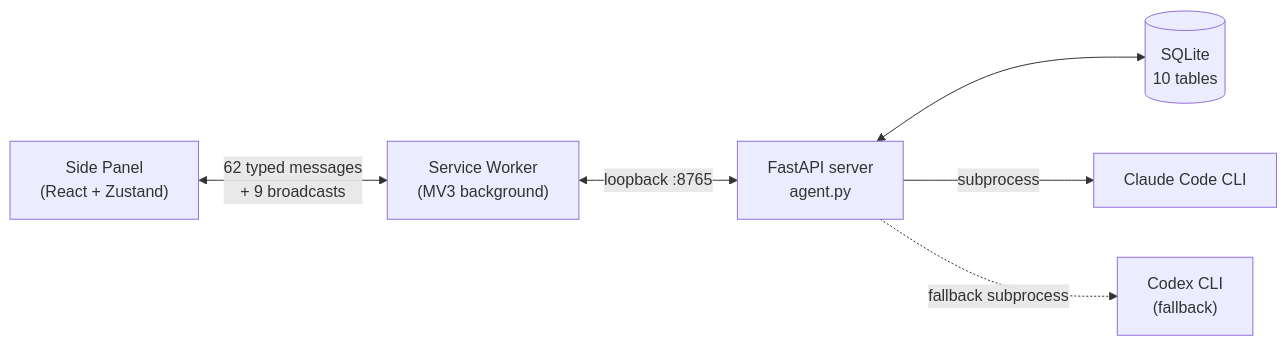
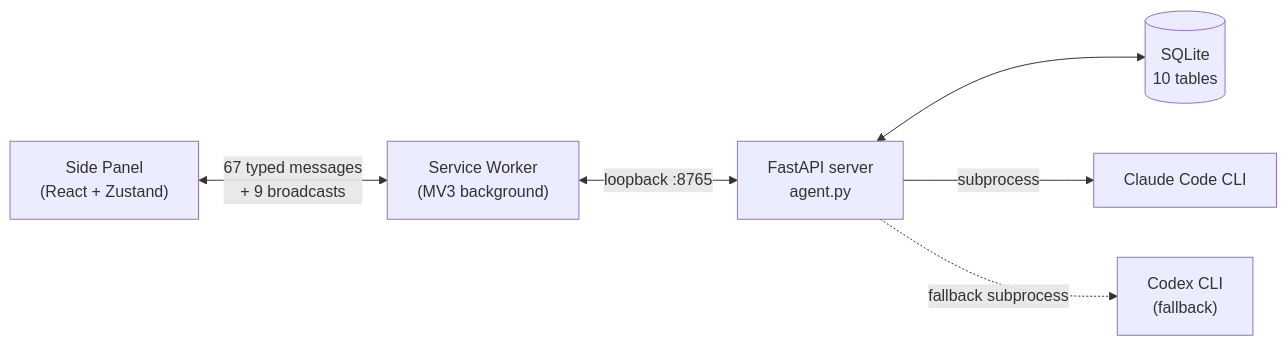
The diagram in README.md (eiler2005/ai-tab-optimizer), drawn with Mermaid before and after one commit. The commit also changed other lines of this file and 32 other files, not shown here.

````diff
--- a/README.md
+++ b/README.md
@@ -67,15 +73,15 @@
 ```mermaid
 flowchart LR
   SP["Side Panel<br/>(React + Zustand)"]
   SW["Service Worker<br/>(MV3 background)"]
   Srv["FastAPI server<br/>agent.py"]
   DB[("SQLite<br/>10 tables")]
   CCC["Claude Code CLI"]
   COX["Codex CLI<br/>(fallback)"]
 
-  SP <--> |62 typed messages<br/>+ 9 broadcasts| SW
+  SP <--> |67 typed messages<br/>+ 9 broadcasts| SW
   SW <--> |loopback :8765| Srv
   Srv <--> DB
   Srv --> |subprocess| CCC
   Srv -.-> |fallback subprocess| COX
 ```
````
